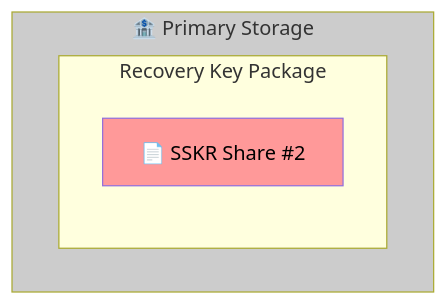
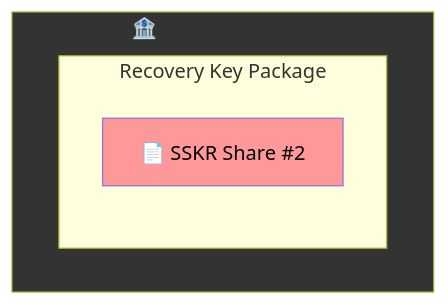
Diagram 16 of 26 in Docs/Scenario-Multisig.md (BlockchainCommons/SmartCustody), drawn with Mermaid before and after one commit. The commit also changed other lines of this file, not shown here.

````diff
--- a/Docs/Scenario-Multisig.md
+++ b/Docs/Scenario-Multisig.md
@@ -569,10 +569,10 @@
     ```mermaid
     graph TD
     subgraph primary["🏦 Primary Storage"]
       subgraph "Recovery Key Package"
       C["📄 SSKR Share #2"]
       end
     end
-    style primary fill:#cccccc;
+    style primary fill:#333;
     style C color:#000,fill:#ff9999;
     ```
````
